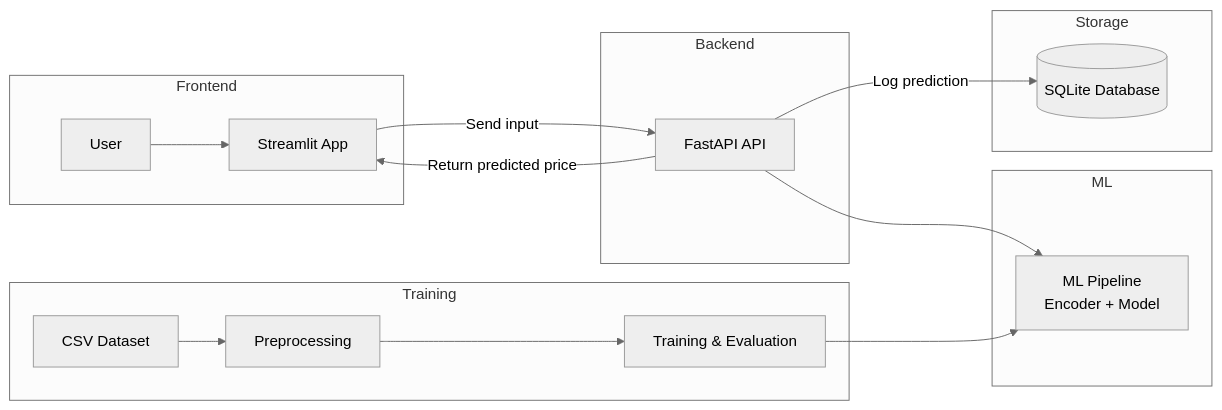
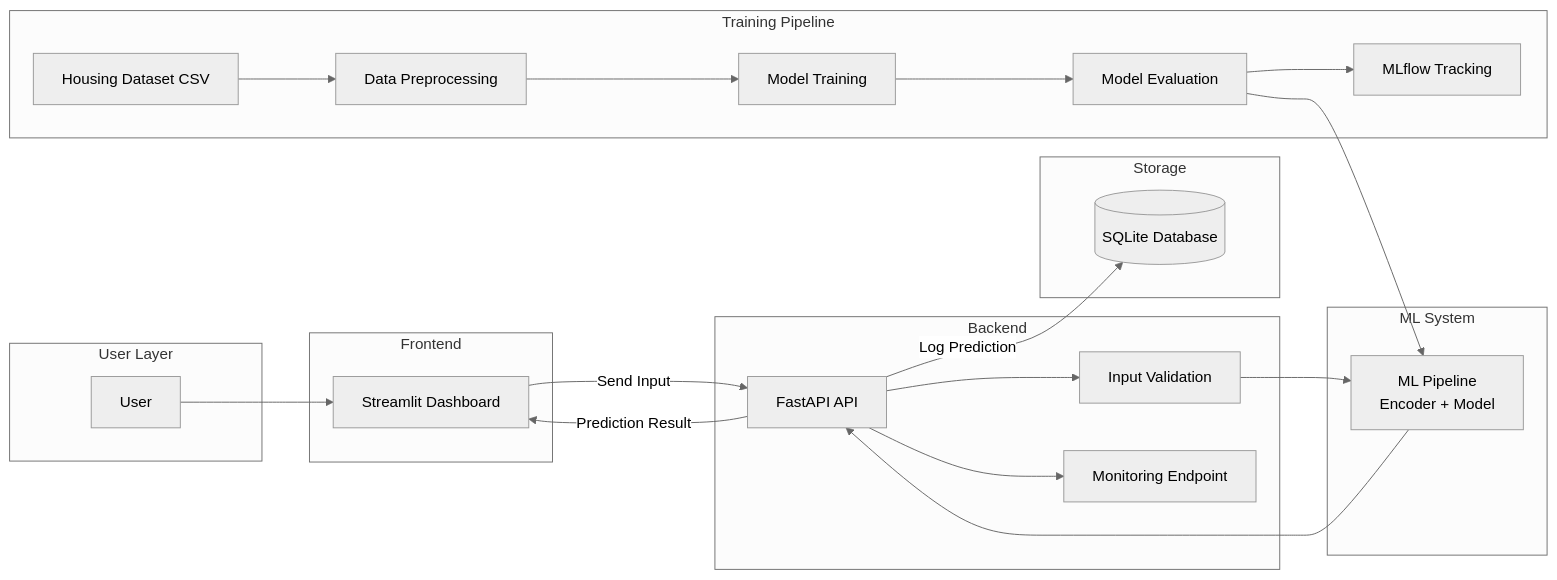
One commit to AdItyAsIngh1800/house-price-prediction changed the diagram in README.md. Above: the diagram before and after it, drawn with Mermaid (neutral theme). The commit also changed other lines of this file and 4 other files, not shown here.

````diff
--- a/README.md
+++ b/README.md
@@ -322,34 +364,47 @@
 ```mermaid
 flowchart LR
 
+subgraph User Layer
+U[User]
+end
+
 subgraph Frontend
-U[User]
-S[Streamlit App]
+S[Streamlit Dashboard]
 end
 
 subgraph Backend
 A[FastAPI API]
+V[Input Validation]
+M[Monitoring Endpoint]
 end
 
-subgraph ML
+subgraph ML System
 P[ML Pipeline<br/>Encoder + Model]
 end
 
 subgraph Storage
 D[(SQLite Database)]
 end
 
-subgraph Training
-C[CSV Dataset]
-P2[Preprocessing]
-T[Training & Evaluation]
+subgraph Training Pipeline
+C[Housing Dataset CSV]
+PP[Data Preprocessing]
+T[Model Training]
+E[Model Evaluation]
+MLF[MLflow Tracking]
 end
 
 U --> S
-S -->|Send input| A
-A --> P
-A -->|Log prediction| D
-A -->|Return predicted price| S
+S -->|Send Input| A
+A --> V
+V --> P
+P --> A
 
-C --> P2 --> T --> P
+A -->|Prediction Result| S
+A -->|Log Prediction| D
+A --> M
+
+C --> PP --> T --> E
+E --> MLF
+E --> P
 ```
````
